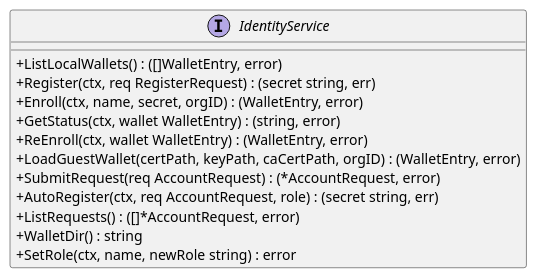
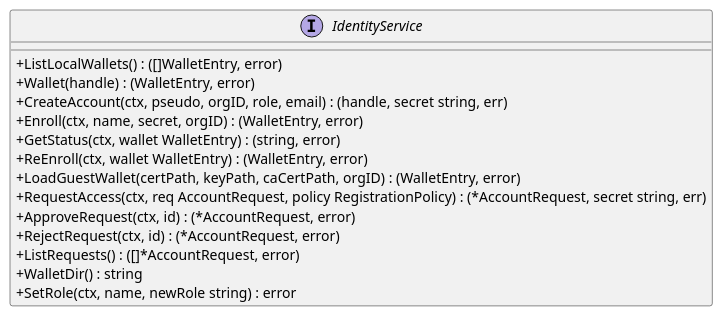
One commit to myr-forge/myr-core changed the second of 6 diagrams in specs/3-Conception/DC_D1_Auth_Identity.md. Above: the diagram before and after it, drawn with PlantUML. The commit also changed other lines of this file and 28 other files, not shown here.

First line of the commit message:
feat(identity): read role and status from the certificate, apply network registration rules

````diff
--- a/specs/3-Conception/DC_D1_Auth_Identity.md
+++ b/specs/3-Conception/DC_D1_Auth_Identity.md
@@ -236,18 +259,20 @@
 ```plantuml
 @startuml
 skinparam classAttributeIconSize 0
 interface IdentityService {
   + ListLocalWallets() : ([]WalletEntry, error)
-  + Register(ctx, req RegisterRequest) : (secret string, err)
+  + Wallet(handle) : (WalletEntry, error)
+  + CreateAccount(ctx, pseudo, orgID, role, email) : (handle, secret string, err)
   + Enroll(ctx, name, secret, orgID) : (WalletEntry, error)
   + GetStatus(ctx, wallet WalletEntry) : (string, error)
   + ReEnroll(ctx, wallet WalletEntry) : (WalletEntry, error)
   + LoadGuestWallet(certPath, keyPath, caCertPath, orgID) : (WalletEntry, error)
-  + SubmitRequest(req AccountRequest) : (*AccountRequest, error)
-  + AutoRegister(ctx, req AccountRequest, role) : (secret string, err)
+  + RequestAccess(ctx, req AccountRequest, policy RegistrationPolicy) : (*AccountRequest, secret string, err)
+  + ApproveRequest(ctx, id) : (*AccountRequest, error)
+  + RejectRequest(ctx, id) : (*AccountRequest, error)
   + ListRequests() : ([]*AccountRequest, error)
   + WalletDir() : string
   + SetRole(ctx, name, newRole string) : error
 }
 @enduml
 ```
````
